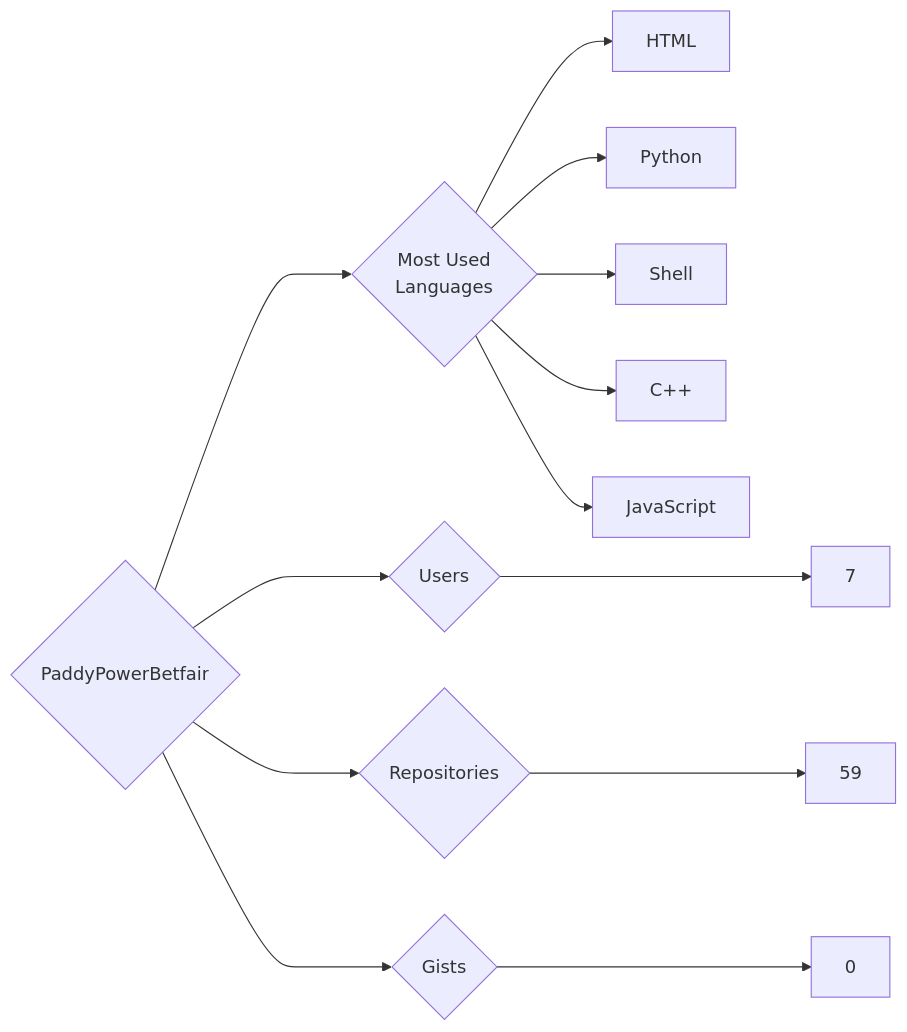
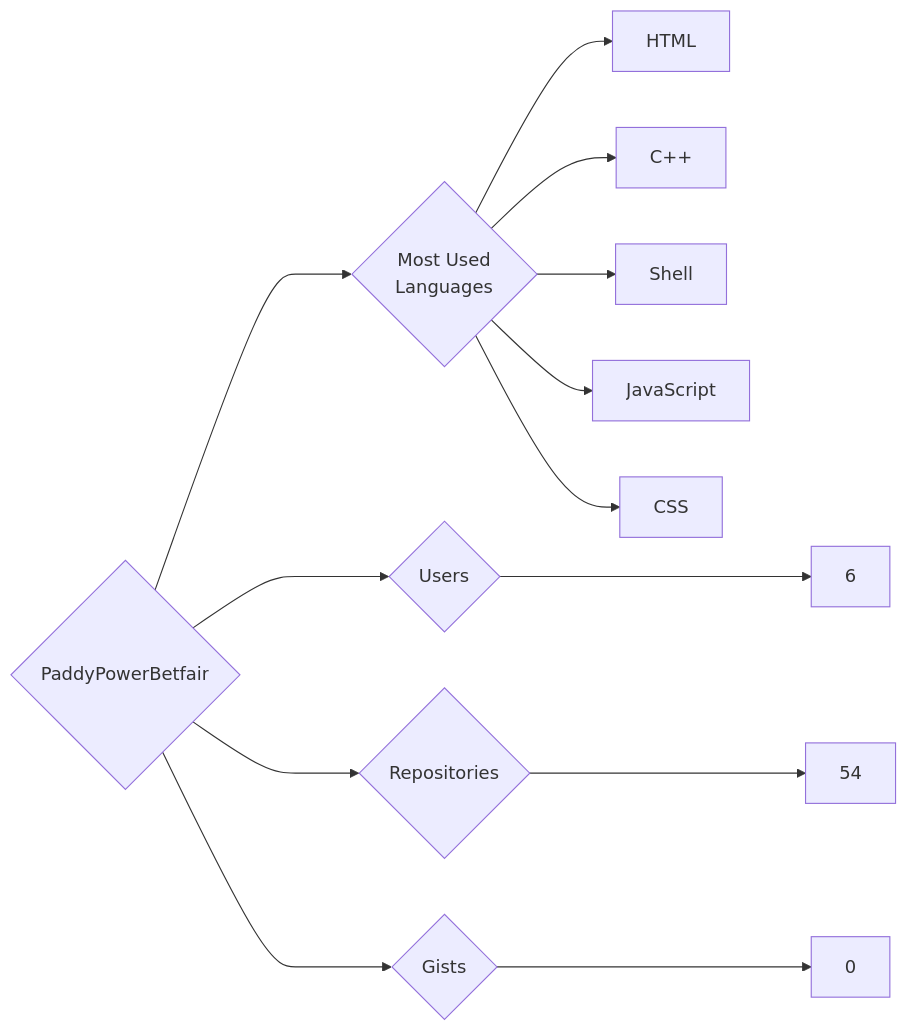
One commit to trickest/insiders changed the diagram in targets/PaddyPowerBetfair/README.md. Above: the diagram before and after it, drawn with Mermaid. The commit also changed 1508 other files, not shown here.

````diff
--- a/targets/PaddyPowerBetfair/README.md
+++ b/targets/PaddyPowerBetfair/README.md
@@ -3,13 +3,13 @@
 ```mermaid
 graph LR
 COMPANY_NAME{PaddyPowerBetfair}
-COMPANY_NAME ---> U{Users} ---> UN[7]
-COMPANY_NAME ---> R{Repositories} ---> RN[59]
+COMPANY_NAME ---> U{Users} ---> UN[6]
+COMPANY_NAME ---> R{Repositories} ---> RN[54]
 COMPANY_NAME ---> G{Gists} ---> GN[0]
 COMPANY_NAME ---> ML{Most Used<br>Languages}
 ML --> HTML[HTML]
-ML --> Python[Python]
+ML --> C++[C++]
 ML --> Shell[Shell]
-ML --> C++[C++]
 ML --> JavaScript[JavaScript]
+ML --> CSS[CSS]
 ```
````
